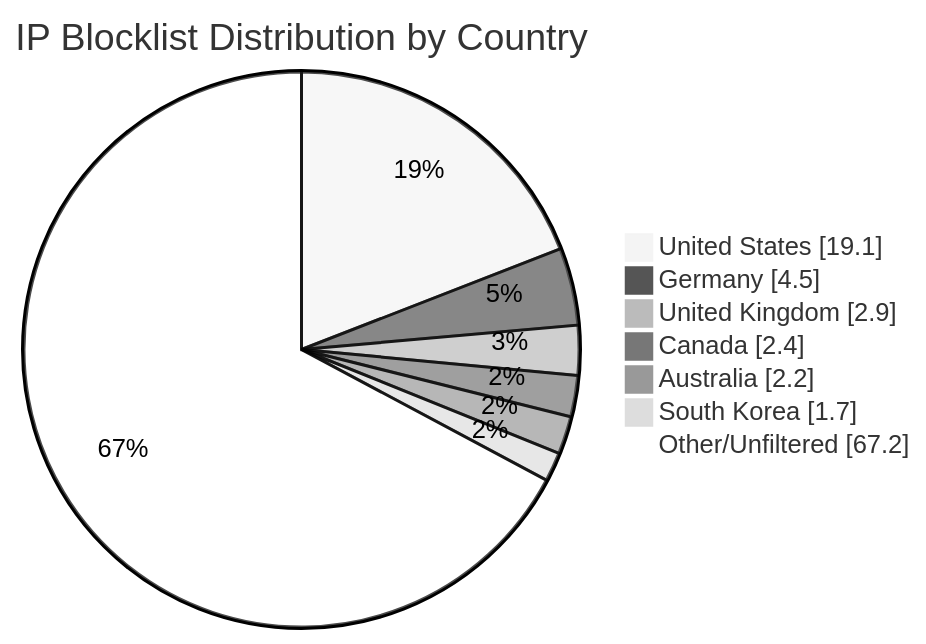
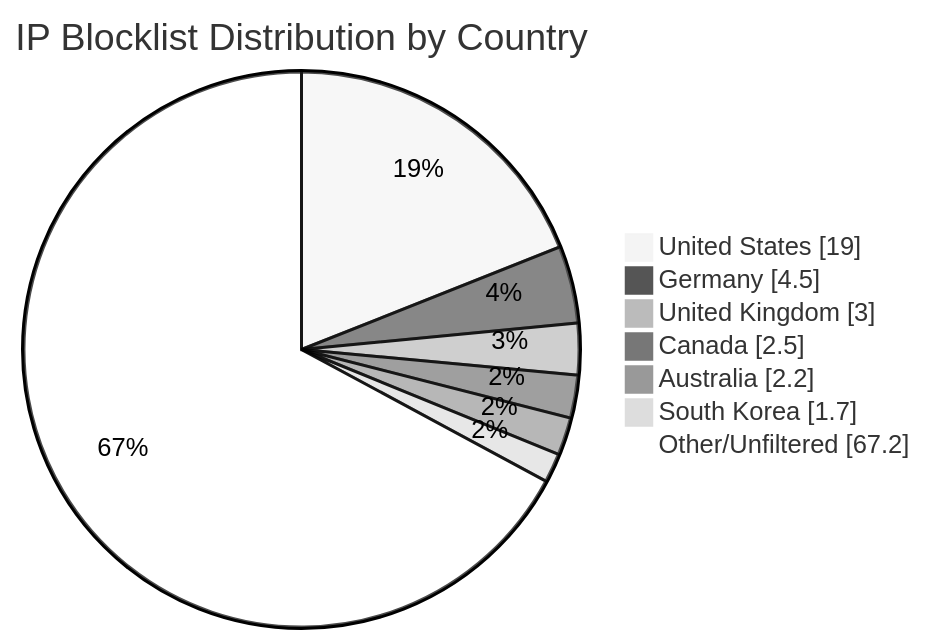
Before and after one commit to MarcusHoltz/ipblocklist-geofiltered-aggregator: the diagram in README.md, drawn with Mermaid (neutral theme). The commit also changed other lines of this file and 9 other files, not shown here.

````diff
--- a/README.md
+++ b/README.md
@@ -34,10 +34,10 @@
 ```mermaid
 pie showData title IP Blocklist Distribution by Country
-"United States" : 19.1
+"United States" : 19.0
 "Germany" : 4.5
-"United Kingdom" : 2.9
-"Canada" : 2.4
+"United Kingdom" : 3.0
+"Canada" : 2.5
 "Australia" : 2.2
 "South Korea" : 1.7
 "Other/Unfiltered" : 67.2
 ```
````
